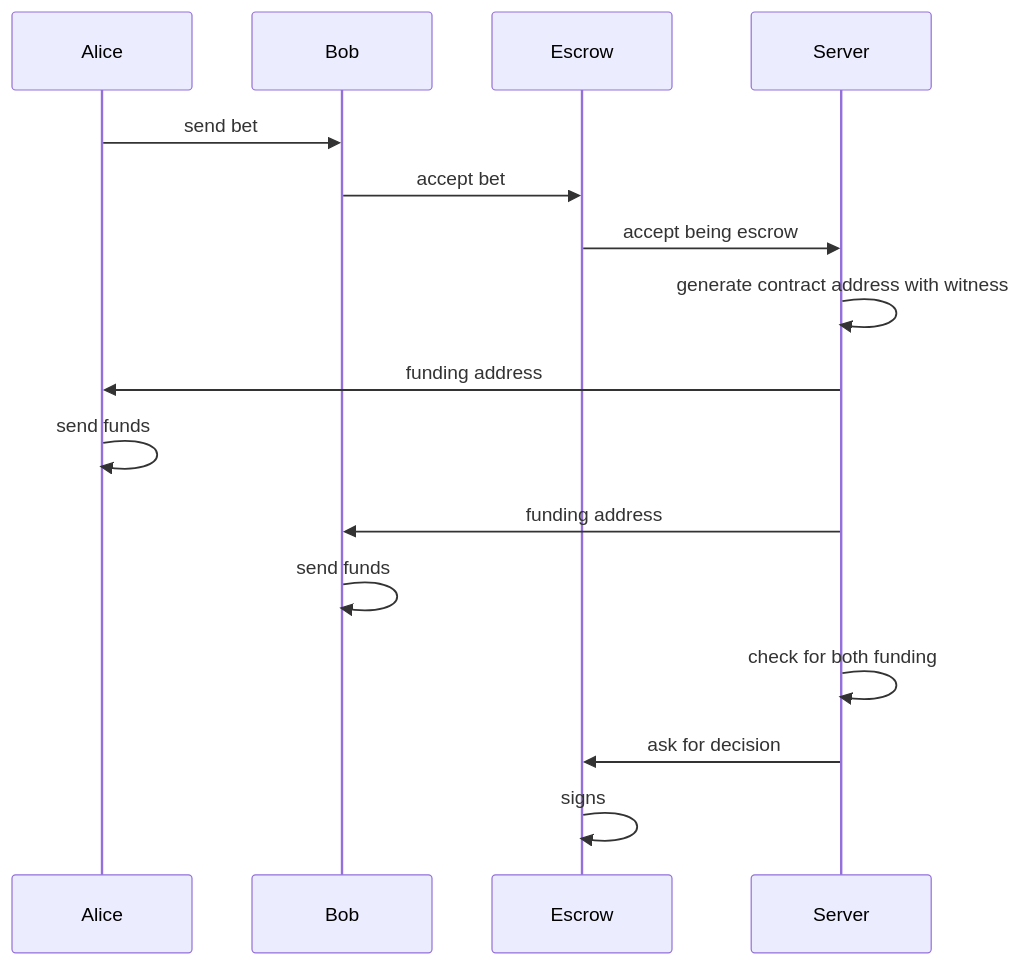
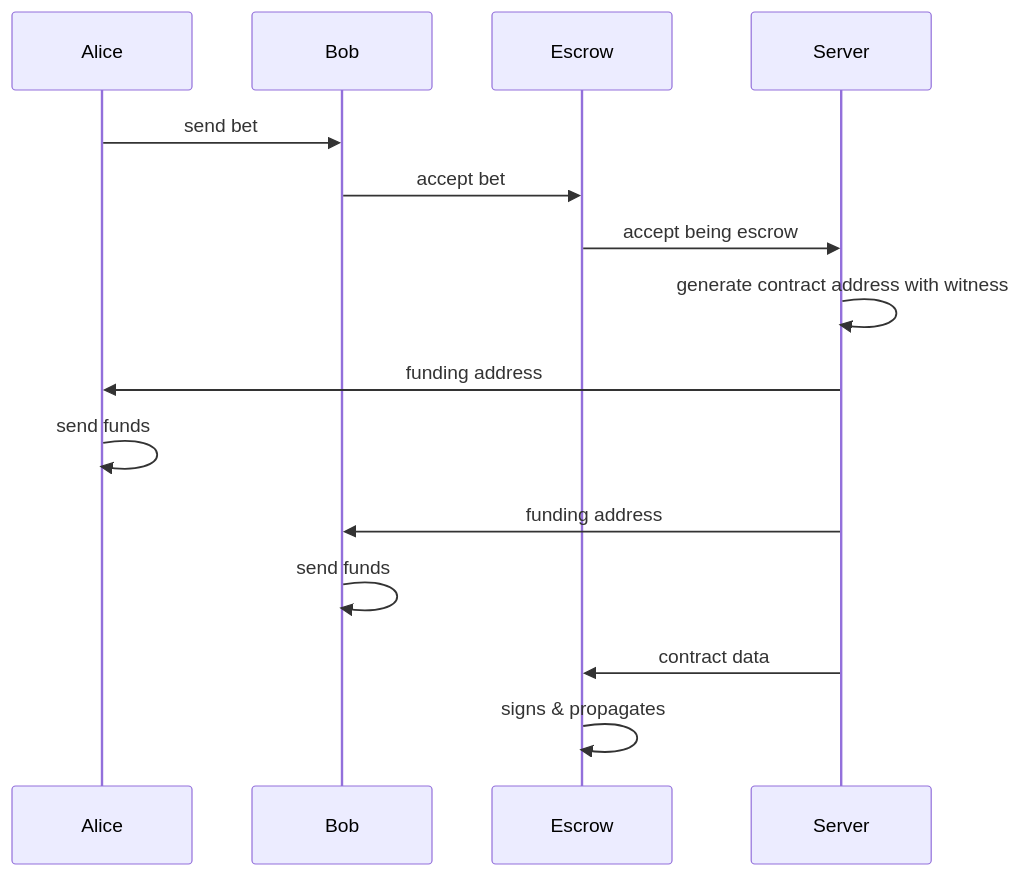
One commit to HectorMenezes/satshack changed the diagram in README.md. Above: the diagram before and after it, drawn with Mermaid. The commit also changed other lines of this file, not shown here.

Commit message:
docs: update to new diagram

````diff
--- a/README.md
+++ b/README.md
@@ -23,19 +22,18 @@
 ```mermaid
 sequenceDiagram
     participant Alice
     participant Bob
     participant Escrow
     participant Server
     Alice ->> Bob: send bet
     Bob ->> Escrow: accept bet
     Escrow ->> Server: accept being escrow
     Server ->> Server: generate contract address with witness
     Server ->> Alice: funding address
     Alice ->> Alice: send funds
     Server ->> Bob: funding address
     Bob ->> Bob: send funds
 
-    Server ->> Server: check for both funding
-    Server ->> Escrow: ask for decision
-    Escrow ->> Escrow: signs 
+    Server ->> Escrow: contract data
+    Escrow ->> Escrow: signs & propagates
 ```
````
